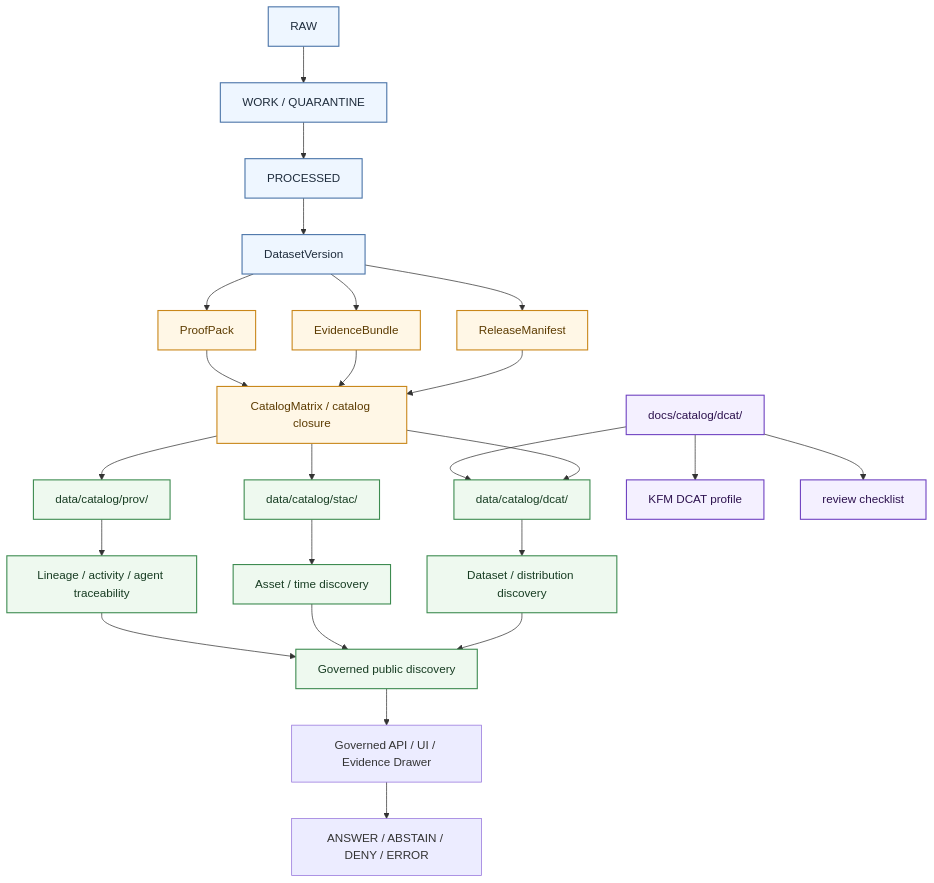
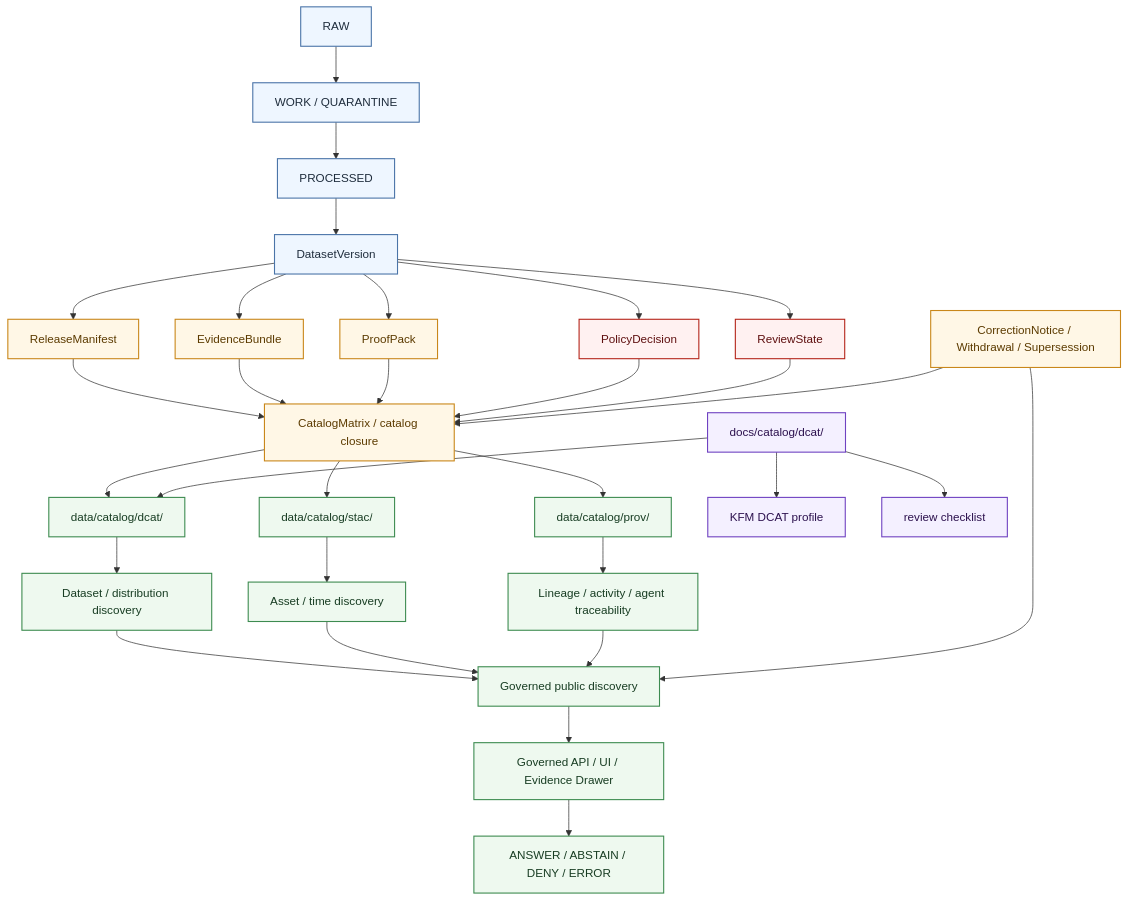
One commit to bartytime4life/Kansas-Frontier-Matrix changed the diagram in docs/catalog/dcat/README.md. Above: the diagram before and after it, drawn with Mermaid. The commit also changed other lines of this file, not shown here.

First line of the commit message:
Revise README.md for DCAT documentation clarity

````diff
--- a/docs/catalog/dcat/README.md
+++ b/docs/catalog/dcat/README.md
@@ -339,40 +359,51 @@
 ```mermaid
 flowchart TD
     A[RAW] --> B[WORK / QUARANTINE]
     B --> C[PROCESSED]
     C --> D[DatasetVersion]
     D --> E[ReleaseManifest]
     D --> F[EvidenceBundle]
     D --> G[ProofPack]
-    E --> H[CatalogMatrix / catalog closure]
-    F --> H
-    G --> H
+    D --> H[PolicyDecision]
+    D --> I[ReviewState]
 
-    H --> I[data/catalog/dcat/]
-    H --> J[data/catalog/stac/]
-    H --> K[data/catalog/prov/]
+    E --> J[CatalogMatrix / catalog closure]
+    F --> J
+    G --> J
+    H --> J
+    I --> J
 
-    L[docs/catalog/dcat/] --> I
-    L --> M[KFM DCAT profile]
-    L --> N[review checklist]
+    J --> K[data/catalog/dcat/]
+    J --> L[data/catalog/stac/]
+    J --> M[data/catalog/prov/]
 
-    I --> O[Dataset / distribution discovery]
-    J --> P[Asset / time discovery]
-    K --> Q[Lineage / activity / agent traceability]
+    N[docs/catalog/dcat/] --> K
+    N --> O[KFM DCAT profile]
+    N --> P[review checklist]
 
-    O --> R[Governed public discovery]
-    P --> R
-    Q --> R
+    K --> Q[Dataset / distribution discovery]
+    L --> R[Asset / time discovery]
+    M --> S[Lineage / activity / agent traceability]
 
-    R --> S[Governed API / UI / Evidence Drawer]
-    S --> T[ANSWER / ABSTAIN / DENY / ERROR]
+    Q --> T[Governed public discovery]
+    R --> T
+    S --> T
+
+    T --> U[Governed API / UI / Evidence Drawer]
+    U --> V[ANSWER / ABSTAIN / DENY / ERROR]
+
+    W[CorrectionNotice / Withdrawal / Supersession] --> J
+    W --> T
 
     classDef lifecycle fill:#eef6ff,stroke:#4a74a8,stroke-width:1.5px,color:#1f2d3d;
     classDef proof fill:#fff7e6,stroke:#c9871a,stroke-width:1.5px,color:#5c3b00;
+    classDef policy fill:#fff1f1,stroke:#b42318,stroke-width:1.5px,color:#5f1010;
     classDef doc fill:#f4f0ff,stroke:#6f42c1,stroke-width:1.5px,color:#2d124f;
     classDef catalog fill:#eef9ef,stroke:#3d8b50,stroke-width:1.5px,color:#183d23;
+
     class A,B,C,D lifecycle;
-    class E,F,G,H proof;
-    class L,M,N doc;
-    class I,J,K,O,P,Q,R catalog;
+    class E,F,G,J,W proof;
+    class H,I policy;
+    class N,O,P doc;
+    class K,L,M,Q,R,S,T,U,V catalog;
 ```
````
